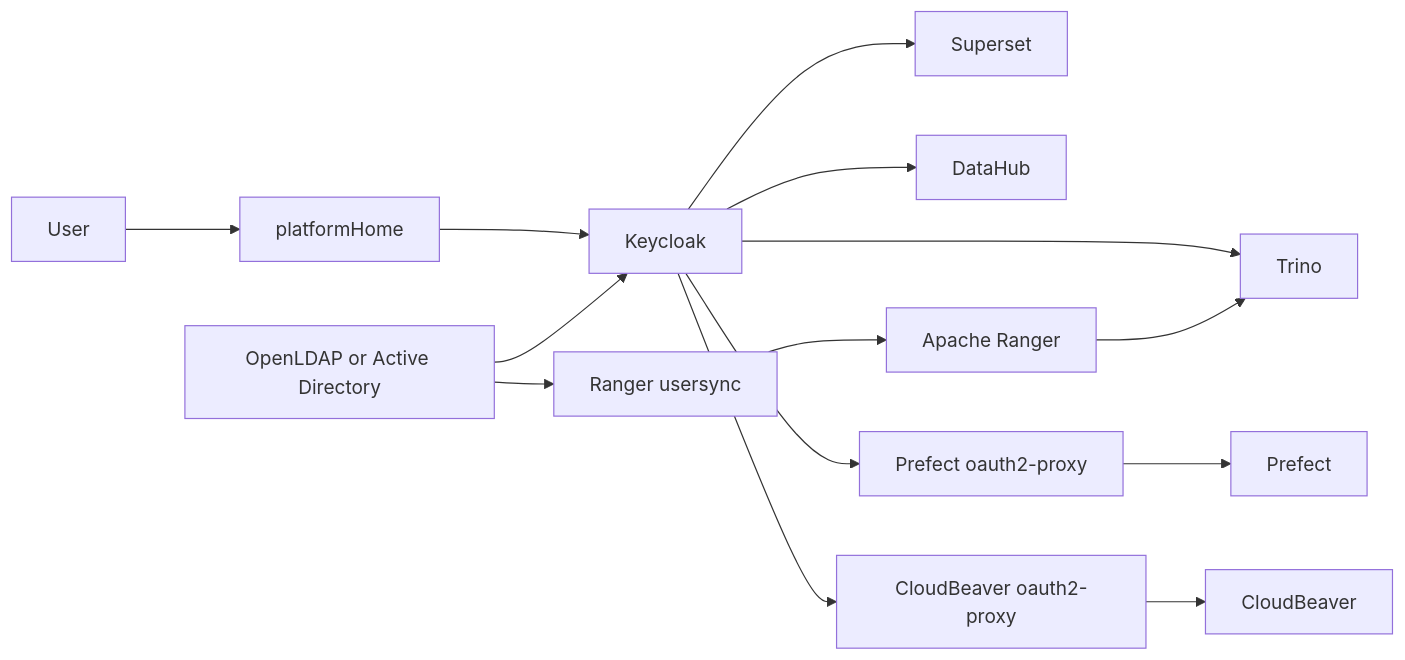
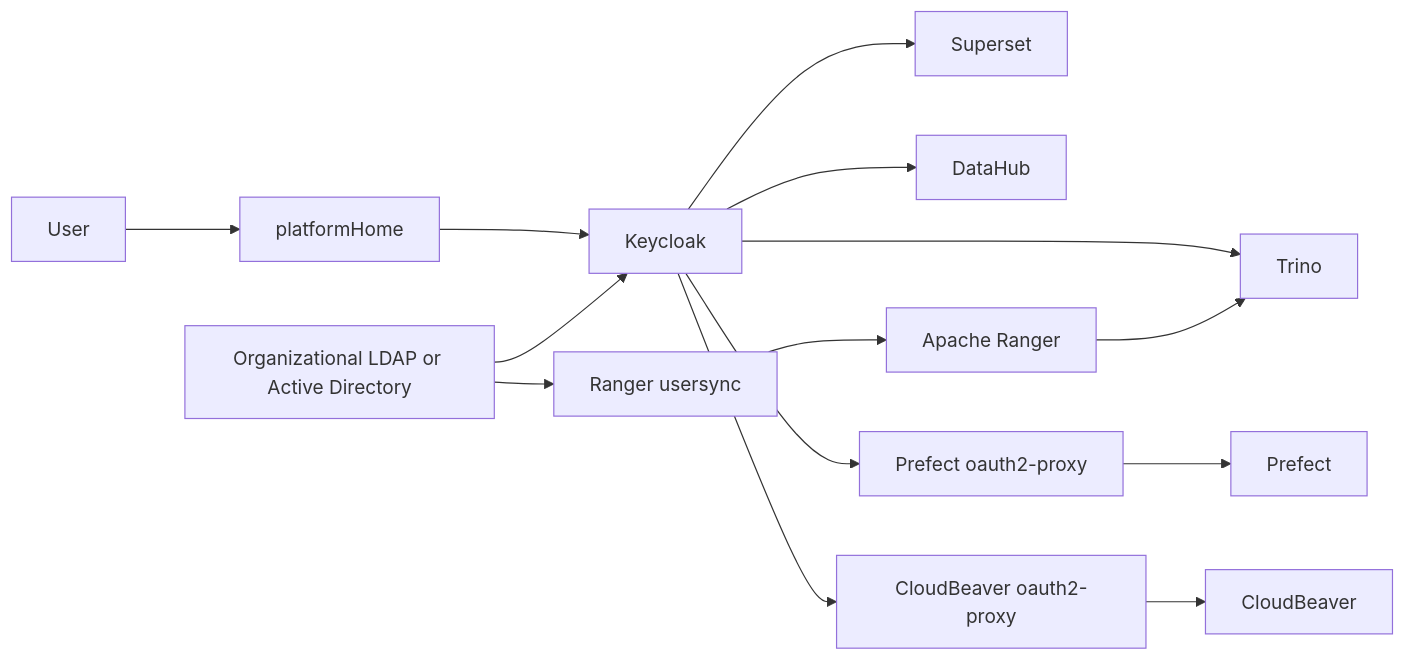
Before and after one commit to sanger-pathogens/dlh-in-a-box-umbrella-helm-chart: the first of 5 diagrams in docs/auth-architecture.md, drawn with Mermaid. The commit also changed other lines of this file and 30 other files, not shown here.

````diff
--- a/docs/auth-architecture.md
+++ b/docs/auth-architecture.md
@@ -11,16 +11,16 @@
 ```mermaid
 flowchart LR
   User[User] --> Portal[platformHome]
   Portal --> Keycloak[Keycloak]
-  LDAP[OpenLDAP or Active Directory] --> Keycloak
+  LDAP[Organizational LDAP or Active Directory] --> Keycloak
   LDAP --> RangerUsersync[Ranger usersync]
   Keycloak --> Trino[Trino]
   Keycloak --> Superset[Superset]
   Keycloak --> DataHub[DataHub]
   Keycloak --> PrefectProxy[Prefect oauth2-proxy]
   PrefectProxy --> Prefect[Prefect]
   Keycloak --> CloudBeaverProxy[CloudBeaver oauth2-proxy]
   CloudBeaverProxy --> CloudBeaver[CloudBeaver]
   RangerUsersync --> Ranger[Apache Ranger]
   Ranger --> Trino
 ```
````
